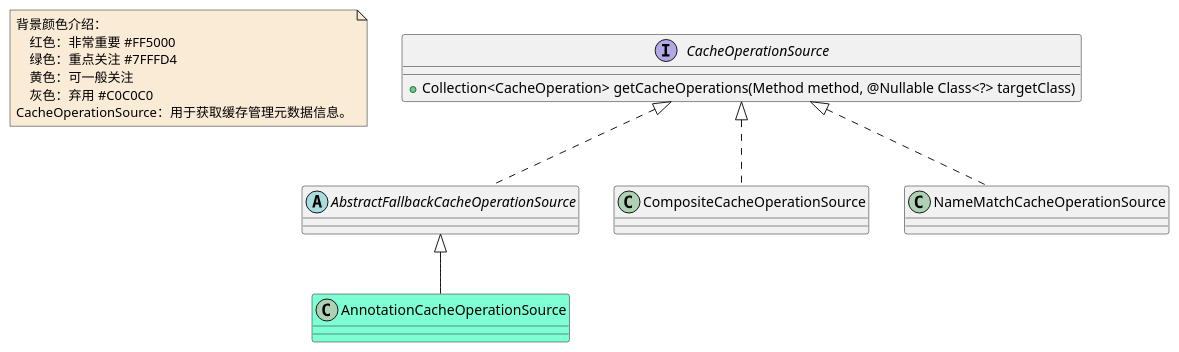
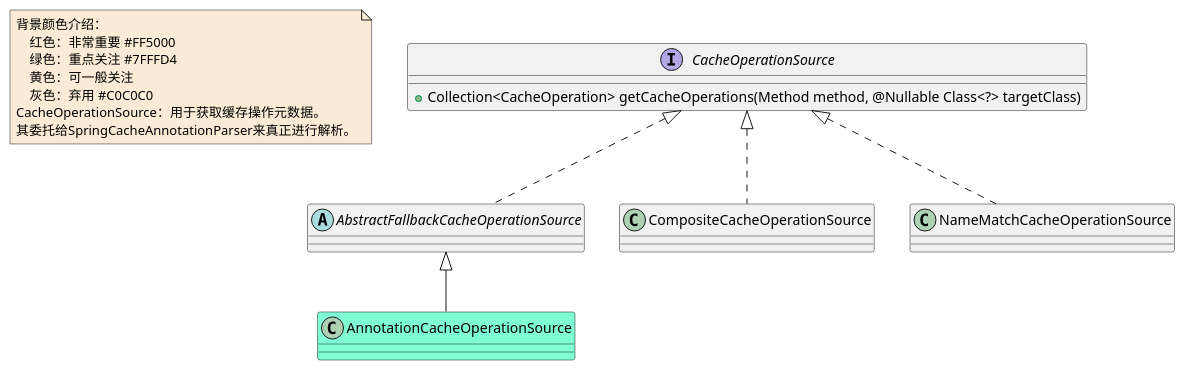
The diagram in document/spring/data/class/Cache-CacheOperationSource-class.puml (czwer/learn-spring-code), drawn with PlantUML before and after one commit. The commit also changed 14 other files, not shown here.

Commit message:
修改缓存类图，时序图

```diff
--- a/document/spring/data/class/Cache-CacheOperationSource-class.puml
+++ b/document/spring/data/class/Cache-CacheOperationSource-class.puml
@@ -1,34 +1,35 @@
 @startuml
 
 note  as N1 #FAEBD7
     背景颜色介绍：
         红色：非常重要 #FF5000
         绿色：重点关注 #7FFFD4
         黄色：可一般关注
         灰色：弃用 #C0C0C0
-    CacheOperationSource：用于获取缓存管理元数据信息。
+    CacheOperationSource：用于获取缓存操作元数据。
+    其委托给SpringCacheAnnotationParser来真正进行解析。
 end note
 
 
 interface CacheOperationSource
 CacheOperationSource : +Collection<CacheOperation> getCacheOperations(Method method, @Nullable Class<?> targetClass)
 abstract class AbstractFallbackCacheOperationSource
 class AnnotationCacheOperationSource #7FFFD4
 class CompositeCacheOperationSource
 class NameMatchCacheOperationSource
 
 
 
 AbstractFallbackCacheOperationSource <|-- AnnotationCacheOperationSource
 
 
 
 CacheOperationSource <|.. AbstractFallbackCacheOperationSource
 CacheOperationSource <|.. CompositeCacheOperationSource
 CacheOperationSource <|.. NameMatchCacheOperationSource
 
 
 
 
 
 @enduml
```
